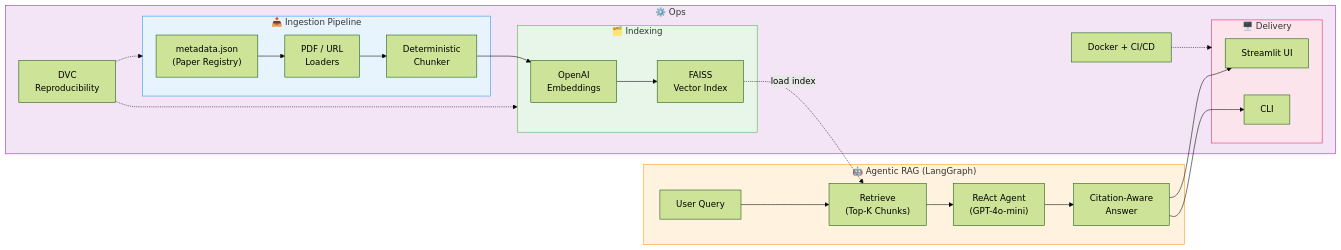
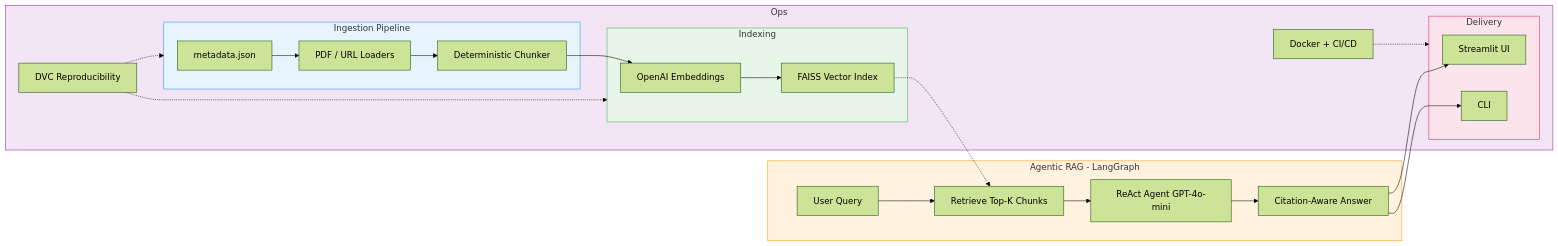
One commit to arunps12/ChildLanguageAcquisition-RAG changed the diagram in README.md. Above: the diagram before and after it, drawn with Mermaid (forest theme).

Commit message:
update: refine flowchart in README for ingestion and indexing process, improving clarity and consistency

````diff
--- a/README.md
+++ b/README.md
@@ -28,37 +28,37 @@
 ```mermaid
 flowchart LR
-    subgraph Ingestion["📥 Ingestion Pipeline"]
-        A["metadata.json\n(Paper Registry)"] --> B["PDF / URL\nLoaders"]
-        B --> C["Deterministic\nChunker"]
+    subgraph Ingestion["Ingestion Pipeline"]
+        A["metadata.json"] --> B["PDF / URL Loaders"]
+        B --> C["Deterministic Chunker"]
     end
 
-    subgraph Indexing["🗂️ Indexing"]
-        C --> D["OpenAI\nEmbeddings"]
-        D --> E["FAISS\nVector Index"]
+    subgraph Indexing["Indexing"]
+        C --> D["OpenAI Embeddings"]
+        D --> E["FAISS Vector Index"]
     end
 
-    subgraph RAG["🤖 Agentic RAG (LangGraph)"]
-        F["User Query"] --> G["Retrieve\n(Top-K Chunks)"]
-        G --> H["ReAct Agent\n(GPT-4o-mini)"]
-        H --> I["Citation-Aware\nAnswer"]
+    subgraph RAG["Agentic RAG - LangGraph"]
+        F["User Query"] --> G["Retrieve Top-K Chunks"]
+        G --> H["ReAct Agent GPT-4o-mini"]
+        H --> I["Citation-Aware Answer"]
     end
 
-    E -.->|load index| G
+    E -.-> G
 
-    subgraph Serve["🖥️ Delivery"]
+    subgraph Serve["Delivery"]
         I --> J["Streamlit UI"]
         I --> K["CLI"]
     end
 
-    subgraph Ops["⚙️ Ops"]
-        L["DVC\nReproducibility"] -.-> Ingestion
+    subgraph Ops["Ops"]
+        L["DVC Reproducibility"] -.-> Ingestion
         L -.-> Indexing
         M["Docker + CI/CD"] -.-> Serve
     end
 
     style Ingestion fill:#e8f4fd,stroke:#2196F3
     style Indexing fill:#e8f5e9,stroke:#4CAF50
     style RAG fill:#fff3e0,stroke:#FF9800
     style Serve fill:#fce4ec,stroke:#E91E63
     style Ops fill:#f3e5f5,stroke:#9C27B0
 ```
````
